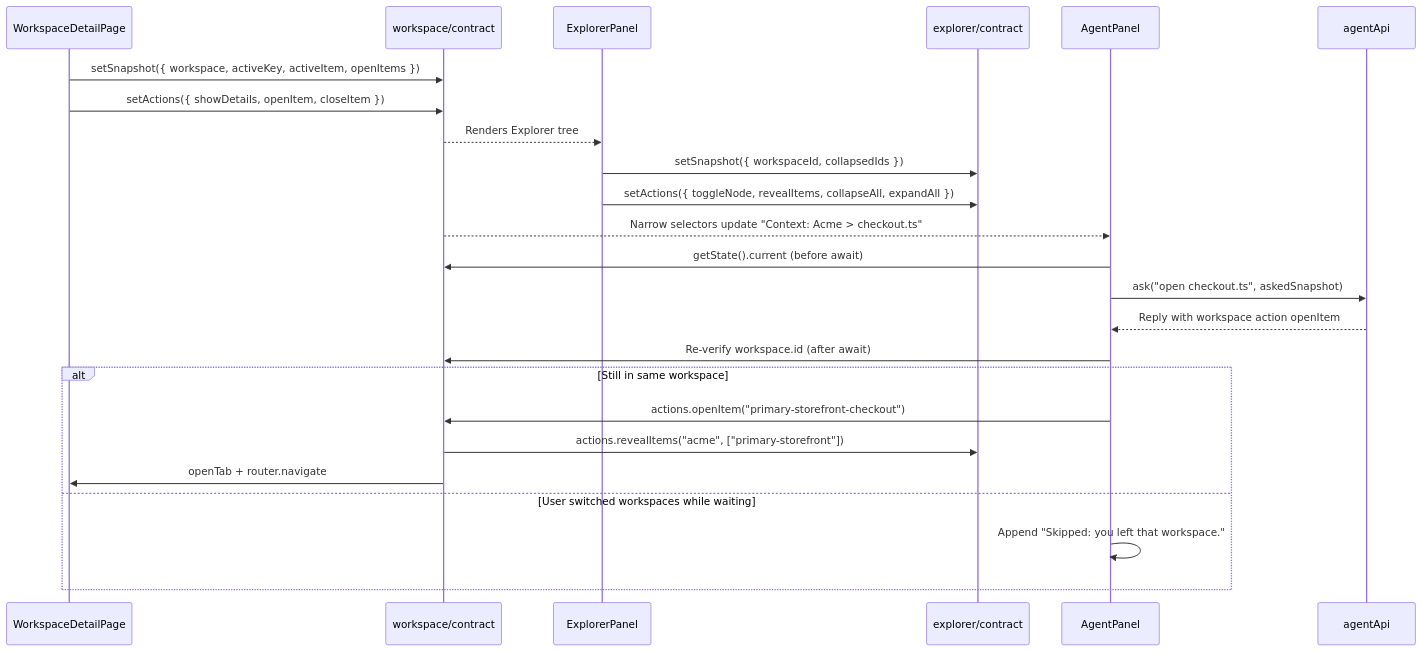
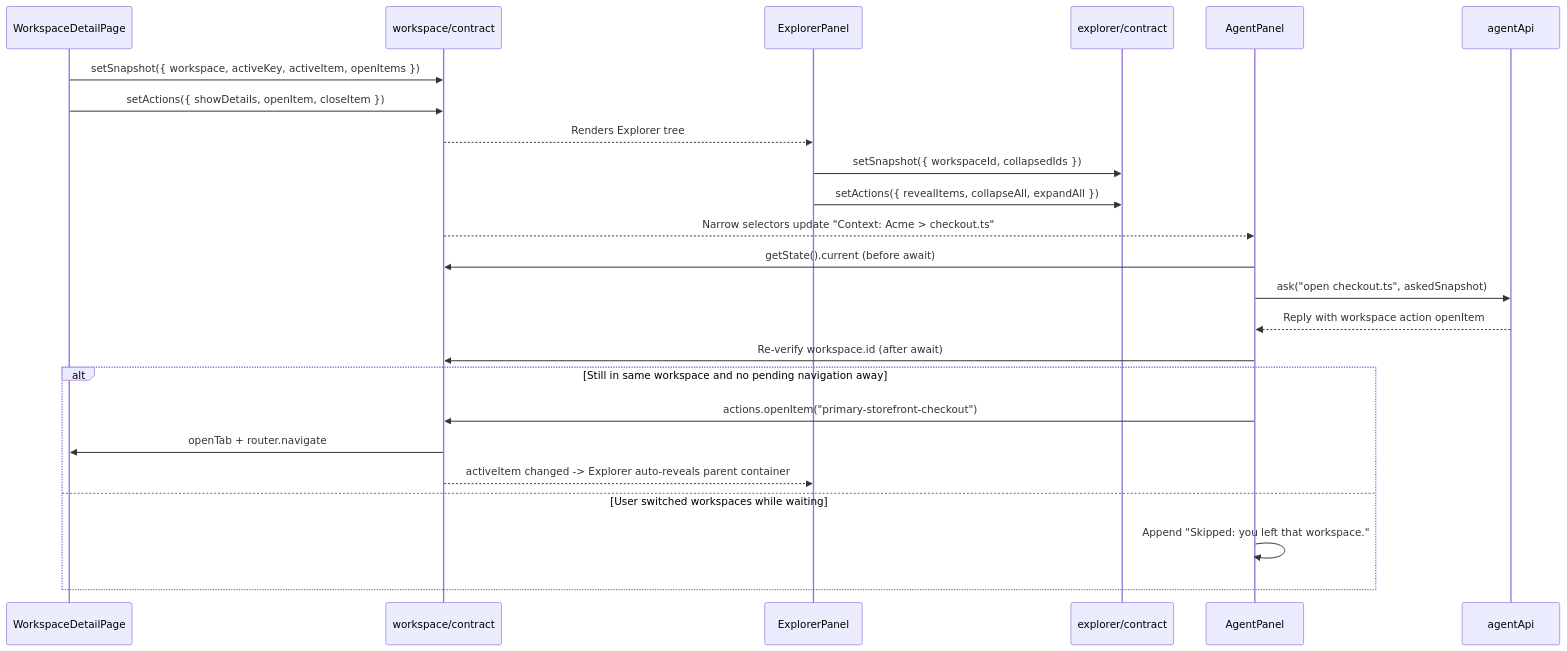
One commit to ppongtong/ide-shell changed the eighth of 12 diagrams in docs/DESIGN.md. Above: the diagram before and after it, drawn with Mermaid. The commit also changed other lines of this file and 32 other files, not shown here.

Commit message:
Fix tab URL sync, pending navigation race, layout-effect contracts, and add shortcuts dialog

````diff
--- a/docs/DESIGN.md
+++ b/docs/DESIGN.md
@@ -309,28 +310,28 @@
 ```mermaid
 sequenceDiagram
     participant Page as WorkspaceDetailPage
     participant WsC as workspace/contract
     participant Exp as ExplorerPanel
     participant ExpC as explorer/contract
     participant Agent as AgentPanel
     participant API as agentApi
 
     Page->>WsC: setSnapshot({ workspace, activeKey, activeItem, openItems })
     Page->>WsC: setActions({ showDetails, openItem, closeItem })
     WsC-->>Exp: Renders Explorer tree
     Exp->>ExpC: setSnapshot({ workspaceId, collapsedIds })
-    Exp->>ExpC: setActions({ toggleNode, revealItems, collapseAll, expandAll })
+    Exp->>ExpC: setActions({ revealItems, collapseAll, expandAll })
     WsC-->>Agent: Narrow selectors update "Context: Acme > checkout.ts"
 
     Agent->>WsC: getState().current (before await)
     Agent->>API: ask("open checkout.ts", askedSnapshot)
     API-->>Agent: Reply with workspace action openItem
     Agent->>WsC: Re-verify workspace.id (after await)
-    alt Still in same workspace
+    alt Still in same workspace and no pending navigation away
       Agent->>WsC: actions.openItem("primary-storefront-checkout")
-      WsC->>ExpC: actions.revealItems("acme", ["primary-storefront"])
       WsC->>Page: openTab + router.navigate
+      WsC-->>Exp: activeItem changed -> Explorer auto-reveals parent container
     else User switched workspaces while waiting
       Agent->>Agent: Append "Skipped: you left that workspace."
     end
 ```
````
